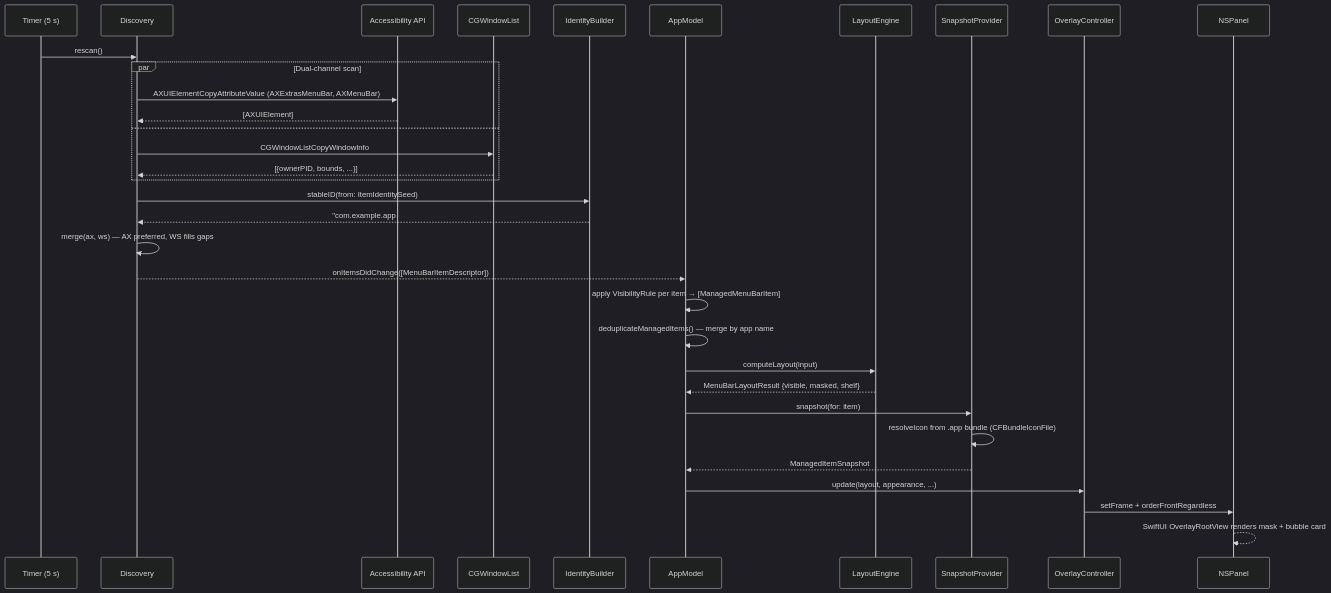
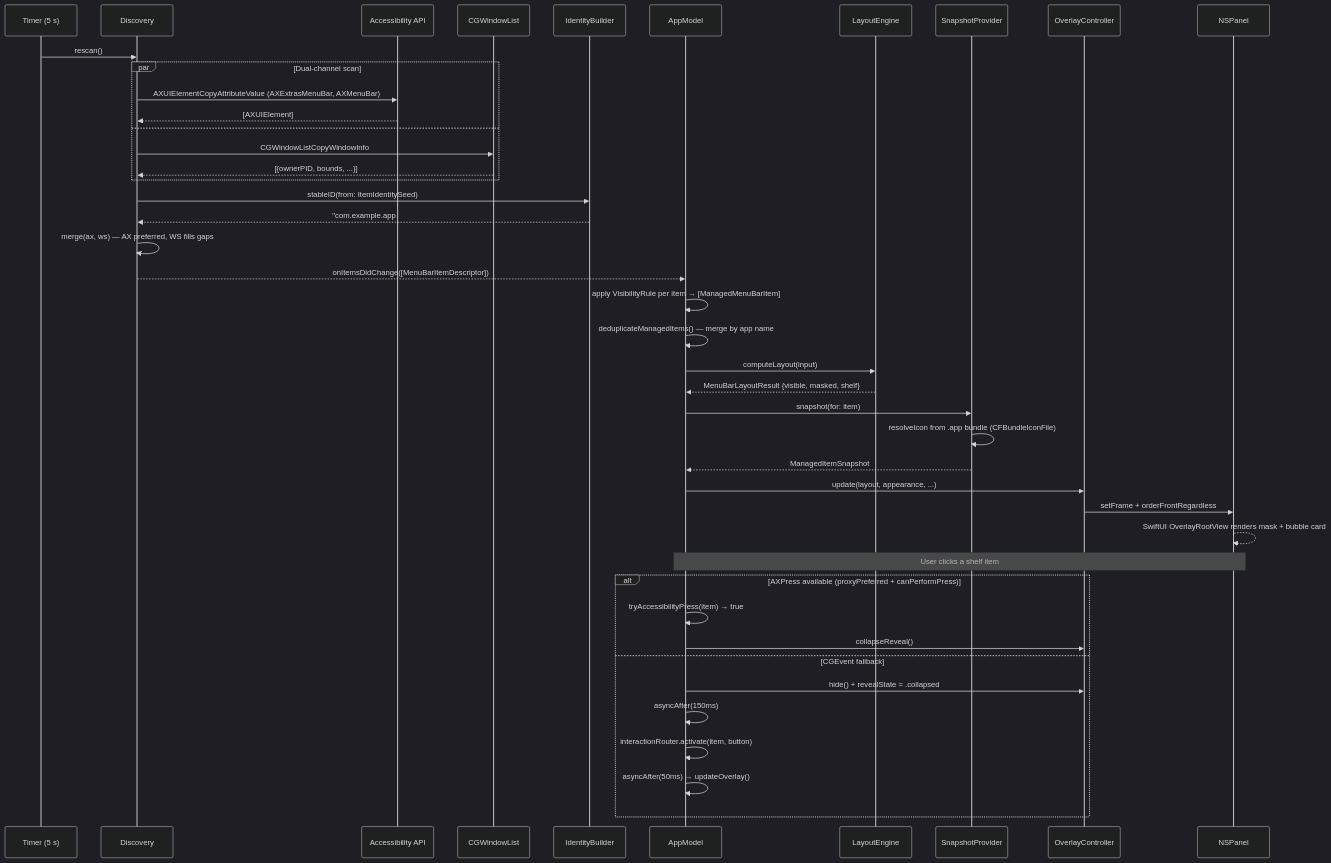
One commit to occcat/fuck-the-menu-bar changed the second of 3 diagrams in docs/ARCHITECTURE.md. Above: the diagram before and after it, drawn with Mermaid (dark theme). The commit also changed other lines of this file and 13 other files, not shown here.

````diff
--- a/docs/ARCHITECTURE.md
+++ b/docs/ARCHITECTURE.md
@@ -111,41 +111,53 @@
 ```mermaid
 sequenceDiagram
     participant Timer as Timer (5 s)
     participant Disc as Discovery
     participant AX as Accessibility API
     participant WS as CGWindowList
     participant IDBuilder as IdentityBuilder
     participant Model as AppModel
     participant LE as LayoutEngine
     participant Snap as SnapshotProvider
     participant OC as OverlayController
     participant Panel as NSPanel
 
     Timer->>Disc: rescan()
     par Dual-channel scan
         Disc->>AX: AXUIElementCopyAttributeValue (AXExtrasMenuBar, AXMenuBar)
         AX-->>Disc: [AXUIElement]
     and
         Disc->>WS: CGWindowListCopyWindowInfo
         WS-->>Disc: [{ownerPID, bounds, ...}]
     end
 
     Disc->>IDBuilder: stableID(from: ItemIdentitySeed)
     IDBuilder-->>Disc: "com.example.app#identifier"
 
     Disc->>Disc: merge(ax, ws) — AX preferred, WS fills gaps
     Disc-->>Model: onItemsDidChange([MenuBarItemDescriptor])
 
     Model->>Model: apply VisibilityRule per item → [ManagedMenuBarItem]
     Model->>Model: deduplicateManagedItems() — merge by app name
     Model->>LE: computeLayout(input)
     LE-->>Model: MenuBarLayoutResult {visible, masked, shelf}
 
     Model->>Snap: snapshot(for: item)
     Snap->>Snap: resolveIcon from .app bundle (CFBundleIconFile)
     Snap-->>Model: ManagedItemSnapshot
 
     Model->>OC: update(layout, appearance, ...)
     OC->>Panel: setFrame + orderFrontRegardless
     Panel-->>Panel: SwiftUI OverlayRootView renders mask + bubble card
+
+    Note over Model,Panel: User clicks a shelf item
+
+    alt AXPress available (proxyPreferred + canPerformPress)
+        Model->>Model: tryAccessibilityPress(item) → true
+        Model->>OC: collapseReveal()
+    else CGEvent fallback
+        Model->>OC: hide() + revealState = .collapsed
+        Model->>Model: asyncAfter(150ms)
+        Model->>Model: interactionRouter.activate(item, button)
+        Model->>Model: asyncAfter(50ms) → updateOverlay()
+    end
 ```
````
